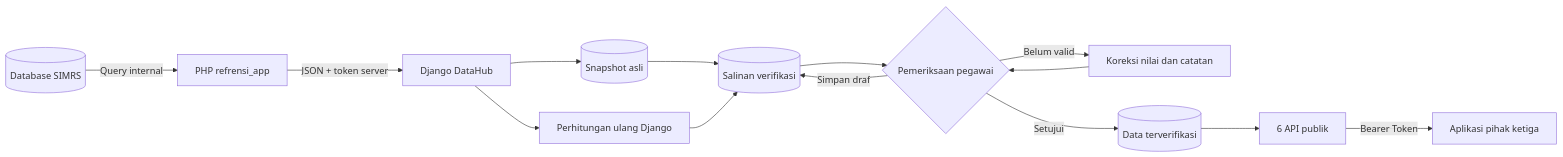
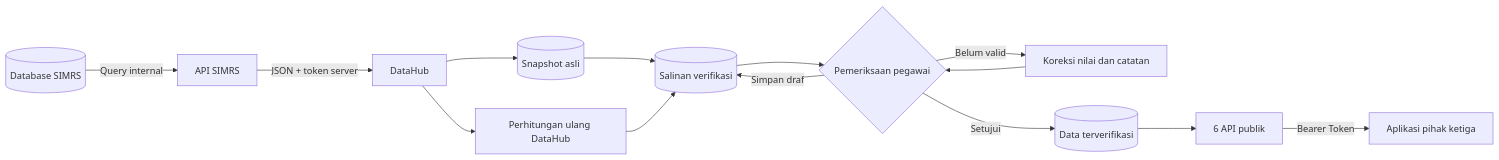
The first of 2 diagrams in FLOW_PENGGUNAAN.md (safwanhadi/datahub), drawn with Mermaid before and after one commit. The commit also changed other lines of this file and 49 other files, not shown here.

````diff
--- a/FLOW_PENGGUNAAN.md
+++ b/FLOW_PENGGUNAAN.md
@@ -12,16 +12,16 @@
 ```mermaid
 flowchart LR
-    A[(Database SIMRS)] -->|Query internal| B[PHP refrensi_app]
-    B -->|JSON + token server| C[Django DataHub]
+    A[(Database SIMRS)] -->|Query internal| B[API SIMRS]
+    B -->|JSON + token server| C[DataHub]
     C --> D[(Snapshot asli)]
-    C --> E[Perhitungan ulang Django]
+    C --> E[Perhitungan ulang DataHub]
     D --> F[(Salinan verifikasi)]
     E --> F
     F --> G{Pemeriksaan pegawai}
     G -->|Simpan draf| F
     G -->|Belum valid| H[Koreksi nilai dan catatan]
     H --> G
     G -->|Setujui| I[(Data terverifikasi)]
     I --> J[6 API publik]
     J -->|Bearer Token| K[Aplikasi pihak ketiga]
 ```
````
